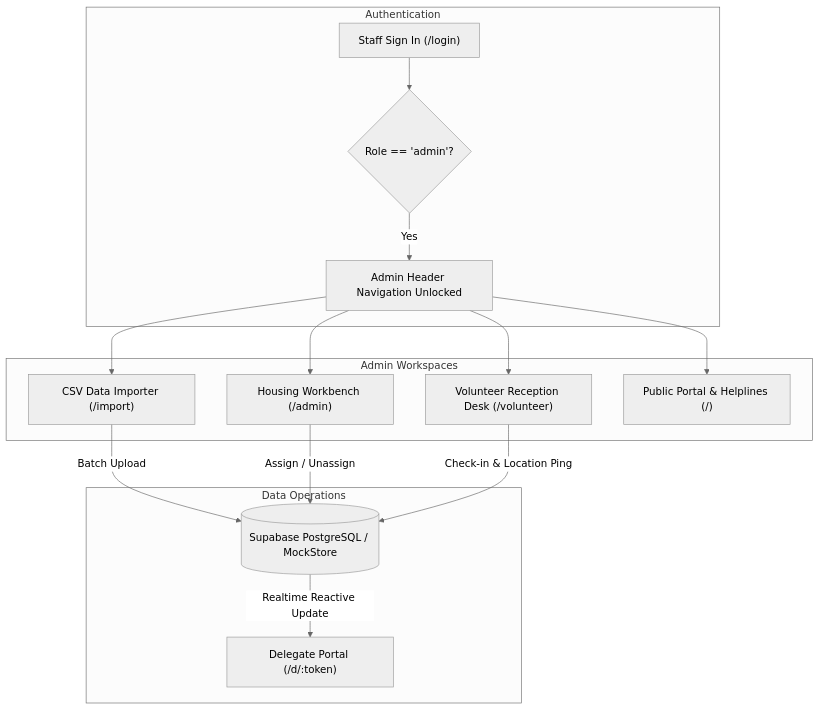
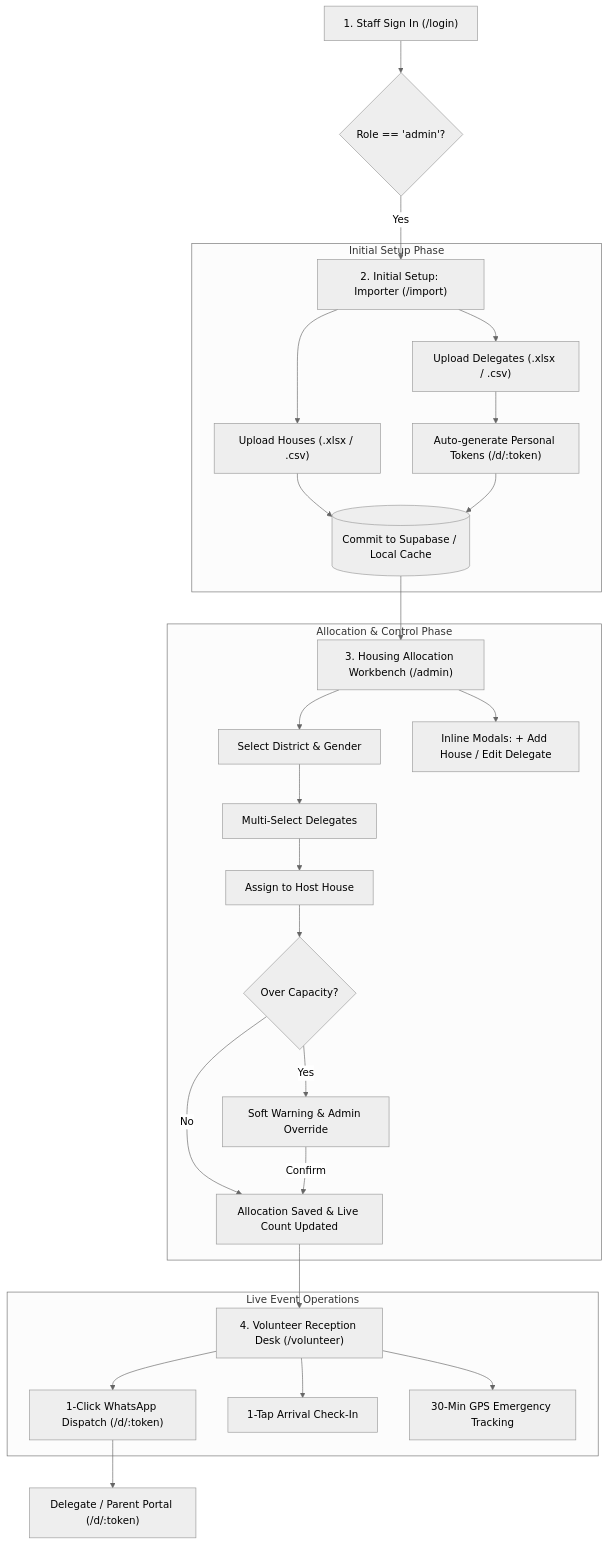
The first of 2 diagrams in ADMIN_FEATURES_AND_USERFLOW.md (rohithvijayan/BalasanghamSammelanam), drawn with Mermaid (neutral theme) before and after one commit. The commit also changed other lines of this file and 5 other files, not shown here.

Commit message:
fix(import): eliminate house duplication with natural key deduplication and auto-cleaning

````diff
--- a/ADMIN_FEATURES_AND_USERFLOW.md
+++ b/ADMIN_FEATURES_AND_USERFLOW.md
@@ -119,21 +170,35 @@
 ```mermaid
 flowchart TD
-    subgraph Authentication
-        Login["Staff Sign In (/login)"] --> AuthCheck{"Role == 'admin'?"}
-        AuthCheck -->|Yes| AdminNav["Admin Header Navigation Unlocked"]
+    Login["1. Staff Sign In (/login)"] --> AdminAuth{"Role == 'admin'?"}
+    AdminAuth -->|Yes| SetupNav["2. Initial Setup: Importer (/import)"]
+
+    subgraph Initial Setup Phase
+        SetupNav --> ImportHouses["Upload Houses (.xlsx / .csv)"]
+        SetupNav --> ImportDelegates["Upload Delegates (.xlsx / .csv)"]
+        ImportDelegates --> TokenGen["Auto-generate Personal Tokens (/d/:token)"]
+        ImportHouses & TokenGen --> CommitDB[("Commit to Supabase / Local Cache")]
     end
 
-    subgraph Admin Workspaces
-        AdminNav --> AdminBench["Housing Workbench (/admin)"]
-        AdminNav --> CSVImport["CSV Data Importer (/import)"]
-        AdminNav --> VolDesk["Volunteer Reception Desk (/volunteer)"]
-        AdminNav --> PublicHome["Public Portal & Helplines (/)"]
+    CommitDB --> WorkbenchNav["3. Housing Allocation Workbench (/admin)"]
+
+    subgraph Allocation & Control Phase
+        WorkbenchNav --> FilterDist["Select District & Gender"]
+        WorkbenchNav --> InlineEdit["Inline Modals: + Add House / Edit Delegate"]
+        FilterDist --> MultiSelect["Multi-Select Delegates"]
+        MultiSelect --> AssignHouse["Assign to Host House"]
+        AssignHouse --> CapacityCheck{"Over Capacity?"}
+        CapacityCheck -->|Yes| SoftWarn["Soft Warning & Admin Override"]
+        CapacityCheck -->|No| SavedAlloc["Allocation Saved & Live Count Updated"]
+        SoftWarn -->|Confirm| SavedAlloc
     end
 
-    subgraph Data Operations
-        CSVImport -->|Batch Upload| SupabaseDB[("Supabase PostgreSQL / MockStore")]
-        AdminBench -->|Assign / Unassign| SupabaseDB
-        VolDesk -->|Check-in & Location Ping| SupabaseDB
-        SupabaseDB -->|Realtime Reactive Update| PublicPortal["Delegate Portal (/d/:token)"]
+    SavedAlloc --> VolDeskNav["4. Volunteer Reception Desk (/volunteer)"]
+
+    subgraph Live Event Operations
+        VolDeskNav --> WhatsAppSend["1-Click WhatsApp Dispatch (/d/:token)"]
+        VolDeskNav --> CheckinToggle["1-Tap Arrival Check-In"]
+        VolDeskNav --> LiveGPS["30-Min GPS Emergency Tracking"]
     end
+
+    WhatsAppSend --> DelegateView["Delegate / Parent Portal (/d/:token)"]
 ```
````
